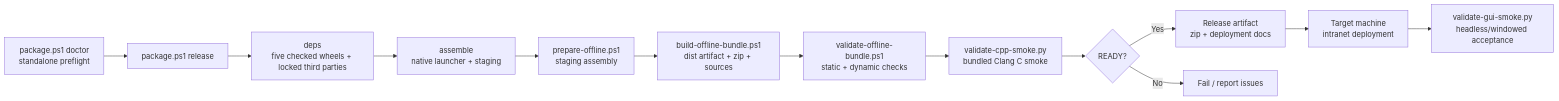
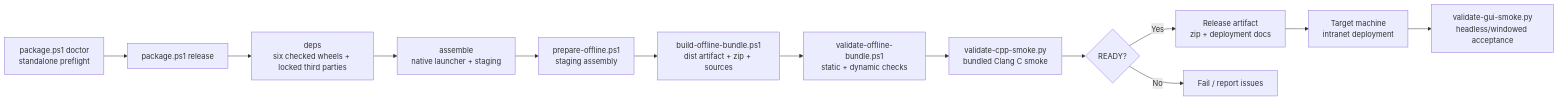
One commit to czh869452912/ccode-win7 changed the diagram in docs/modules/packaging-and-deployment.md. Above: the diagram before and after it, drawn with Mermaid. The commit also changed other lines of this file and 5 other files, not shown here.

````diff
--- a/docs/modules/packaging-and-deployment.md
+++ b/docs/modules/packaging-and-deployment.md
@@ -128,15 +129,15 @@
 ```mermaid
 flowchart LR
     P["package.ps1 doctor<br/>standalone preflight"] --> A["package.ps1 release"]
-    A --> W["deps<br/>five checked wheels + locked third parties"]
+    A --> W["deps<br/>six checked wheels + locked third parties"]
     W --> L["assemble<br/>native launcher + staging"]
     L --> B["prepare-offline.ps1<br/>staging assembly"]
     B --> C["build-offline-bundle.ps1<br/>dist artifact + zip + sources"]
     C --> D["validate-offline-bundle.ps1<br/>static + dynamic checks"]
     D --> J["validate-cpp-smoke.py<br/>bundled Clang C smoke"]
     J --> E{READY?}
     E -->|Yes| F["Release artifact<br/>zip + deployment docs"]
     E -->|No| G["Fail / report issues"]
     F --> H["Target machine<br/>intranet deployment"]
     H --> I["validate-gui-smoke.py<br/>headless/windowed acceptance"]
 ```
````
